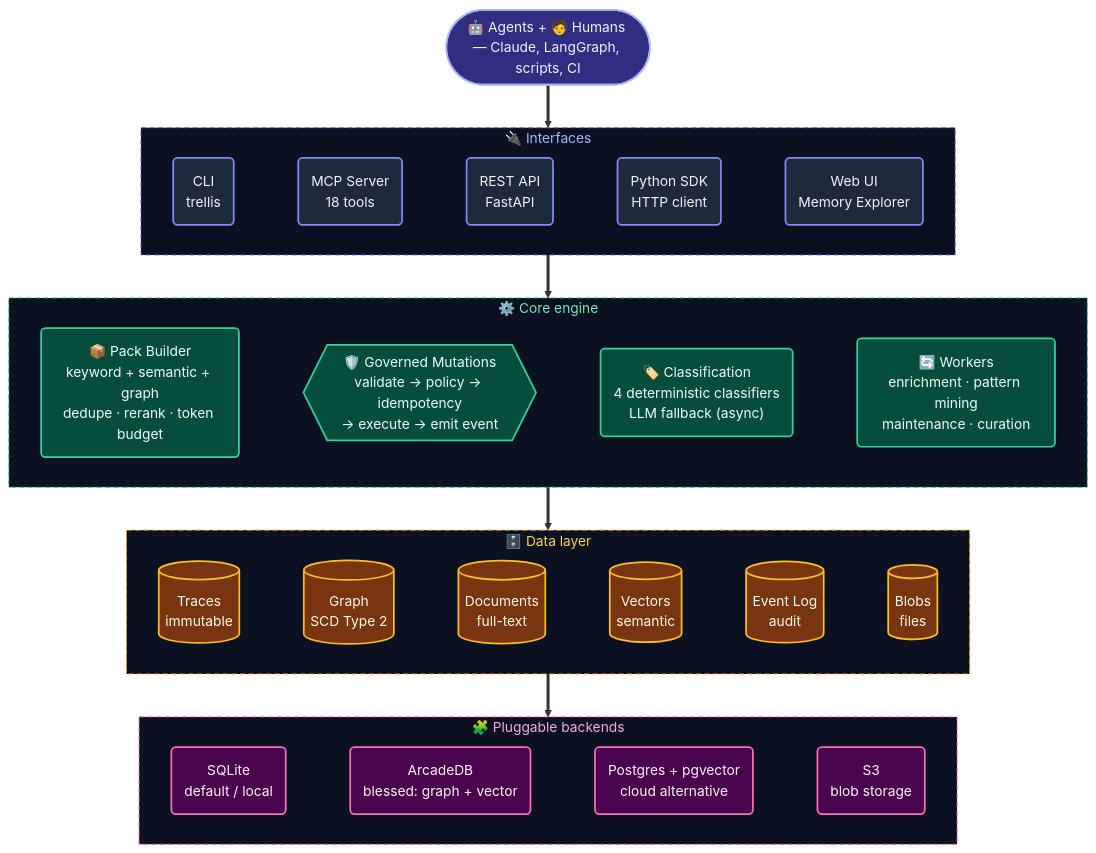
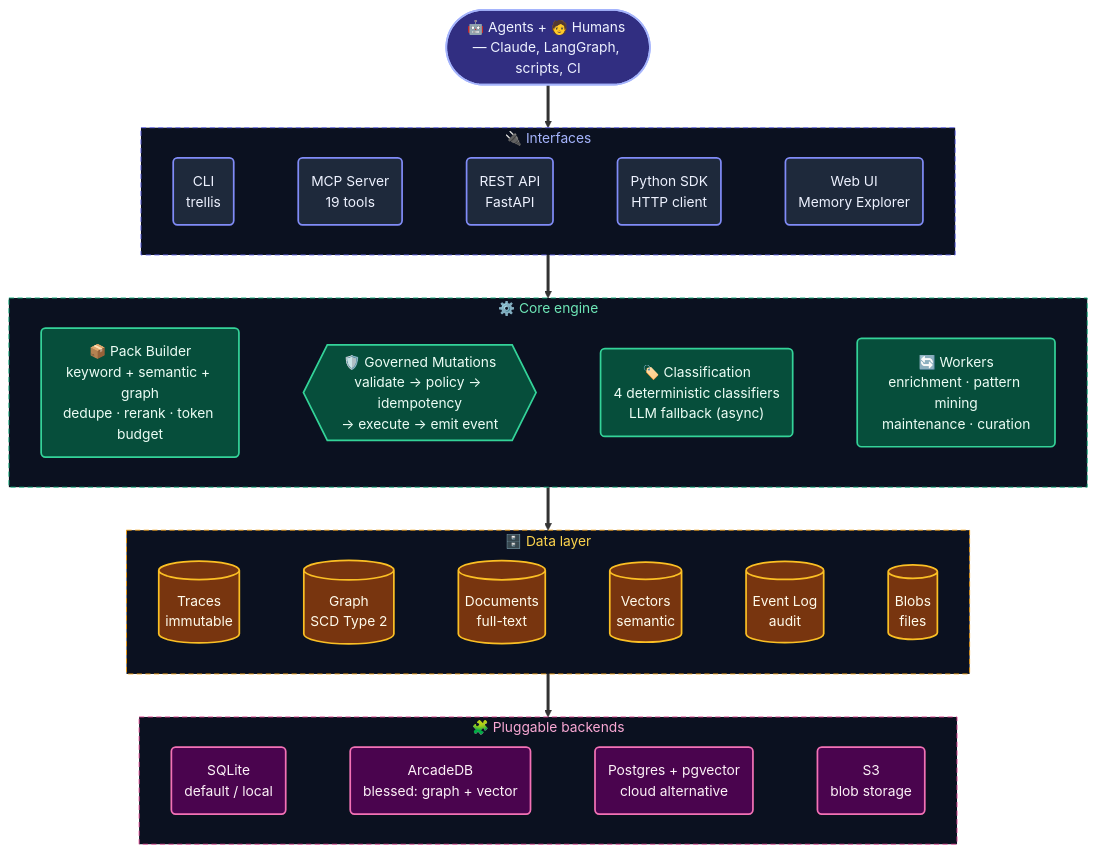
The second of 6 diagrams in README.md (ronsse/trellis-ai), drawn with Mermaid before and after one commit. The commit also changed other lines of this file and 20 other files, not shown here.

First line of the commit message:
feat(mcp): find_entity looks up graph entities by name (#1317)

````diff
--- a/README.md
+++ b/README.md
@@ -107,44 +107,44 @@
 ```mermaid
 flowchart TB
     Users(["🤖 Agents + 🧑 Humans — Claude, LangGraph, scripts, CI"])
 
     subgraph Interfaces["🔌 Interfaces"]
         direction LR
-        CLI("CLI<br/>trellis") ~~~ MCP("MCP Server<br/>18 tools") ~~~ REST("REST API<br/>FastAPI") ~~~ SDK("Python SDK<br/>HTTP client") ~~~ UI("Web UI<br/>Memory Explorer")
+        CLI("CLI<br/>trellis") ~~~ MCP("MCP Server<br/>19 tools") ~~~ REST("REST API<br/>FastAPI") ~~~ SDK("Python SDK<br/>HTTP client") ~~~ UI("Web UI<br/>Memory Explorer")
     end
 
     subgraph Core["⚙️ Core engine"]
         direction LR
         PB("📦 Pack Builder<br/>keyword + semantic + graph<br/>dedupe · rerank · token budget") ~~~ GP{{"🛡️ Governed Mutations<br/>validate → policy → idempotency<br/>→ execute → emit event"}} ~~~ CL("🏷️ Classification<br/>4 deterministic classifiers<br/>LLM fallback (async)") ~~~ WK("🔄 Workers<br/>enrichment · pattern mining<br/>maintenance · curation")
     end
 
     subgraph Data["🗄️ Data layer"]
         direction LR
         TR[("Traces<br/>immutable")] ~~~ GR[("Graph<br/>SCD Type 2")] ~~~ DO[("Documents<br/>full-text")] ~~~ VE[("Vectors<br/>semantic")] ~~~ EL[("Event Log<br/>audit")] ~~~ BL[("Blobs<br/>files")]
     end
 
     subgraph Backends["🧩 Pluggable backends"]
         direction LR
         SQ("SQLite<br/>default / local") ~~~ AR("ArcadeDB<br/>blessed: graph + vector") ~~~ PG("Postgres + pgvector<br/>cloud alternative") ~~~ S3("S3<br/>blob storage")
     end
 
     Users ==> Interfaces
     Interfaces ==> Core
     Core ==> Data
     Data ==> Backends
 
     classDef iface fill:#1e293b,stroke:#818cf8,stroke-width:2px,color:#eef2ff;
     classDef agent fill:#312e81,stroke:#a5b4fc,stroke-width:2px,color:#eef2ff;
     classDef core fill:#064e3b,stroke:#34d399,stroke-width:2px,color:#ecfdf5;
     classDef data fill:#78350f,stroke:#fbbf24,stroke-width:2px,color:#fffbeb;
     classDef back fill:#4a044e,stroke:#f472b6,stroke-width:2px,color:#fdf2f8;
     class CLI,MCP,REST,SDK,UI iface;
     class Users agent;
     class PB,GP,CL,WK core;
     class TR,GR,DO,VE,EL,BL data;
     class SQ,PG,S3,AR back;
     style Interfaces fill:#0b1120,stroke:#6366f1,stroke-width:1px,stroke-dasharray:6 4,color:#a5b4fc;
     style Core fill:#0b1120,stroke:#10b981,stroke-width:1px,stroke-dasharray:6 4,color:#6ee7b7;
     style Data fill:#0b1120,stroke:#f59e0b,stroke-width:1px,stroke-dasharray:6 4,color:#fcd34d;
     style Backends fill:#0b1120,stroke:#ec4899,stroke-width:1px,stroke-dasharray:6 4,color:#f9a8d4;
 ```
````
